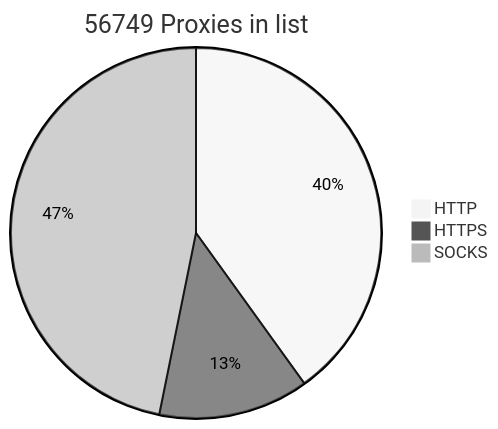
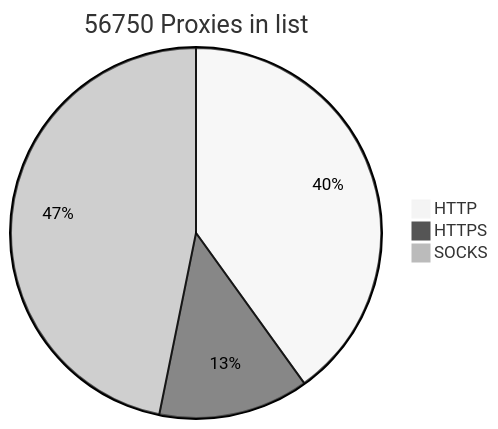
The diagram in README.md (BlackSnowDot/proxylist-update-every-minute), drawn with Mermaid (neutral theme) before and after one commit.

````diff
--- a/README.md
+++ b/README.md
@@ -2,6 +2,6 @@
 ```mermaid
-pie title 56749 Proxies in list
+pie title 56750 Proxies in list
     "HTTP" : 25566
     "HTTPS": 8369
-    "SOCKS" : 29875
+    "SOCKS" : 29876
 ```
````
